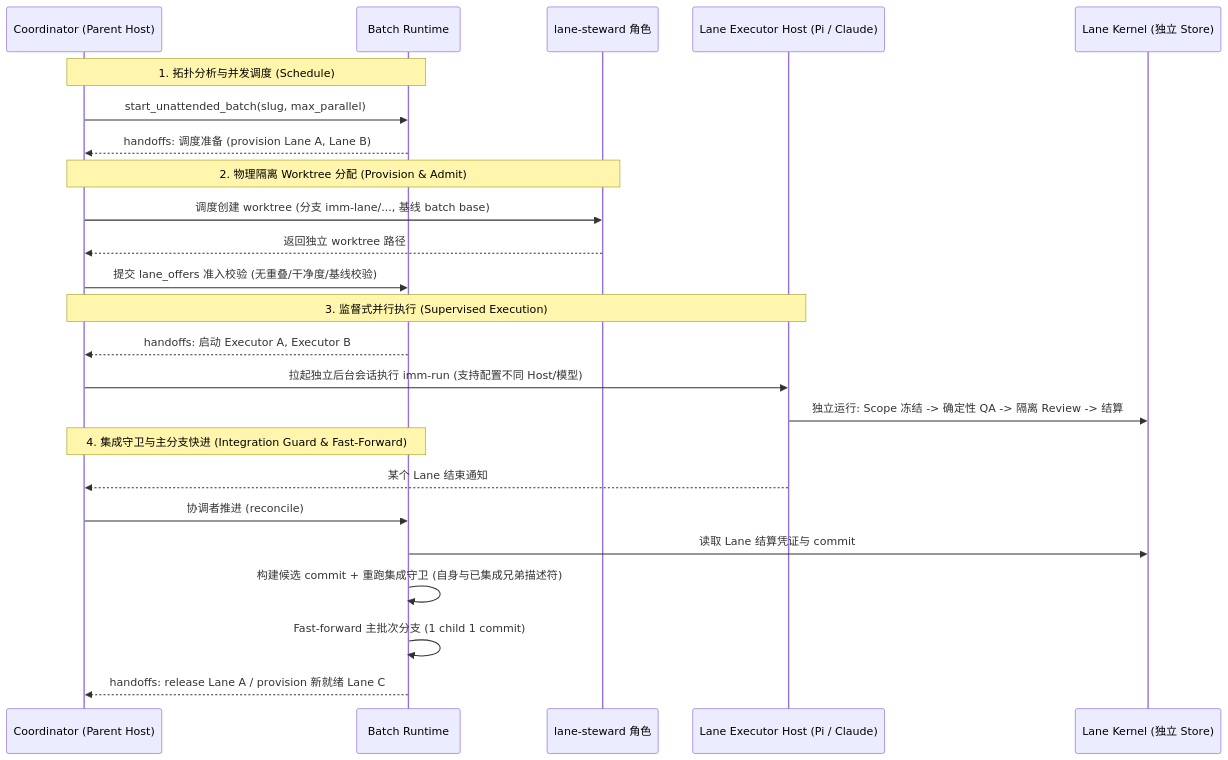
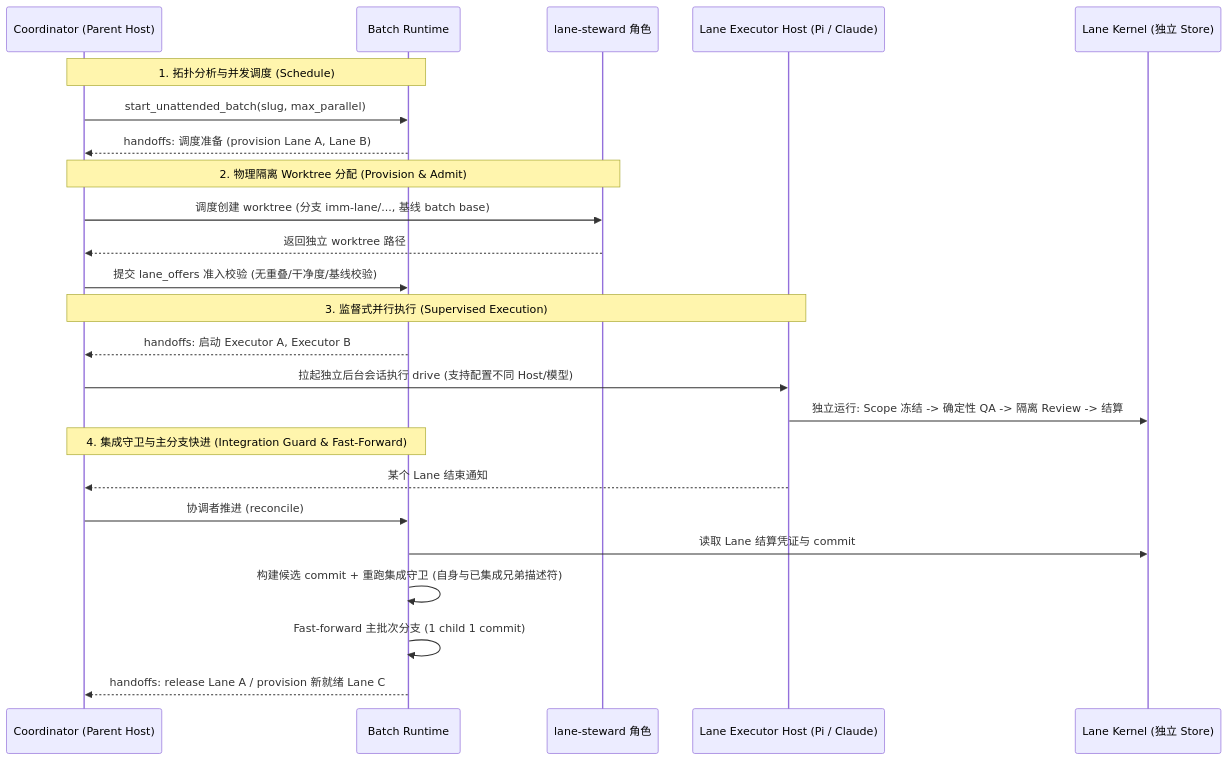
One commit to dereknex/immune-brain changed the second of 2 diagrams in README.zh-CN.md. Above: the diagram before and after it, drawn with Mermaid. The commit also changed other lines of this file and 4 other files, not shown here.

````diff
--- a/README.zh-CN.md
+++ b/README.zh-CN.md
@@ -587,30 +587,30 @@
 ```mermaid
 sequenceDiagram
     participant P as Coordinator (Parent Host)
     participant B as Batch Runtime
     participant S as lane-steward 角色
     participant L as Lane Executor Host (Pi / Claude)
     participant K as Lane Kernel (独立 Store)
 
     Note over P,B: 1. 拓扑分析与并发调度 (Schedule)
     P->>B: start_unattended_batch(slug, max_parallel)
     B-->>P: handoffs: 调度准备 (provision Lane A, Lane B)
 
     Note over P,S: 2. 物理隔离 Worktree 分配 (Provision & Admit)
     P->>S: 调度创建 worktree (分支 imm-lane/..., 基线 batch base)
     S-->>P: 返回独立 worktree 路径
     P->>B: 提交 lane_offers 准入校验 (无重叠/干净度/基线校验)
 
     Note over P,L: 3. 监督式并行执行 (Supervised Execution)
     B-->>P: handoffs: 启动 Executor A, Executor B
-    P->>L: 拉起独立后台会话执行 imm-run (支持配置不同 Host/模型)
+    P->>L: 拉起独立后台会话执行 drive (支持配置不同 Host/模型)
     L->>K: 独立运行: Scope 冻结 -> 确定性 QA -> 隔离 Review -> 结算
 
     Note over P,B: 4. 集成守卫与主分支快进 (Integration Guard & Fast-Forward)
     L-->>P: 某个 Lane 结束通知
     P->>B: 协调者推进 (reconcile)
     B->>K: 读取 Lane 结算凭证与 commit
     B->>B: 构建候选 commit + 重跑集成守卫 (自身与已集成兄弟描述符)
     B->>B: Fast-forward 主批次分支 (1 child 1 commit)
     B-->>P: handoffs: release Lane A / provision 新就绪 Lane C
 ```
````
